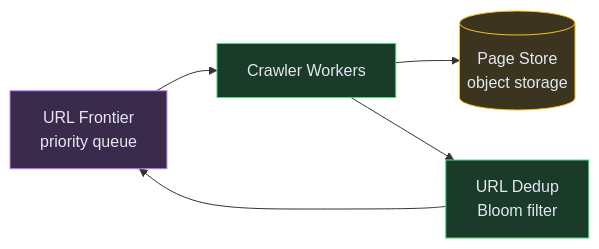
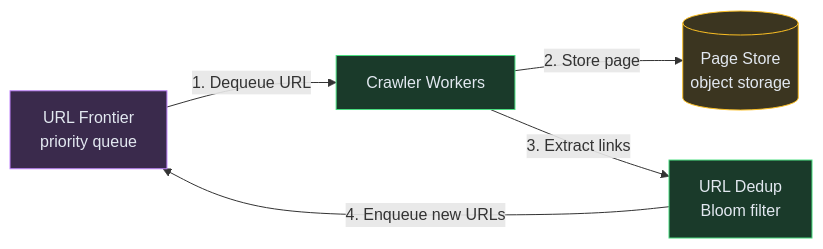
One commit to iluzn/HLD-Designs changed the second of 4 diagrams in content/hld/WebCrawler.md. Above: the diagram before and after it, drawn with Mermaid. The commit also changed other lines of this file and 27 other files, not shown here.

````diff
--- a/content/hld/WebCrawler.md
+++ b/content/hld/WebCrawler.md
@@ -100,16 +100,16 @@
 ```mermaid
 flowchart LR
     FRONTIER["URL Frontier<br/>priority queue"]:::async
     CRAWLER["Crawler Workers"]:::service
     STORE[("Page Store<br/>object storage")]:::data
     DEDUP["URL Dedup<br/>Bloom filter"]:::service
 
-    FRONTIER --> CRAWLER
-    CRAWLER --> STORE
-    CRAWLER --> DEDUP
-    DEDUP --> FRONTIER
+    FRONTIER -->|"1. Dequeue URL"| CRAWLER
+    CRAWLER -->|"2. Store page"| STORE
+    CRAWLER -->|"3. Extract links"| DEDUP
+    DEDUP -->|"4. Enqueue new URLs"| FRONTIER
 
     classDef service fill:#1a3a2a,stroke:#4ade80,color:#e2e8f0
     classDef data fill:#3b3520,stroke:#fbbf24,color:#e2e8f0
     classDef async fill:#3a2a4c,stroke:#c084fc,color:#e2e8f0
 ```
````
